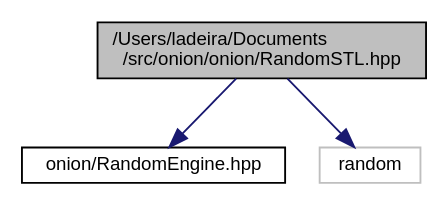
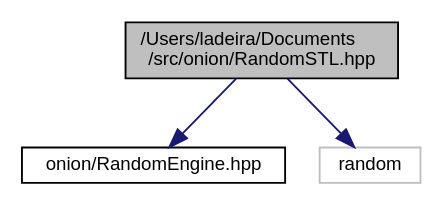
Before and after one commit to OnionFramework/OnionFramework.github.io: the diagram in _random_s_t_l_8hpp__incl.dot, drawn with Graphviz. The commit also changed 233 other files, not shown here.

```diff
--- a/_random_s_t_l_8hpp__incl.dot
+++ b/_random_s_t_l_8hpp__incl.dot
@@ -1,11 +1,11 @@
-digraph "/Users/ladeira/Documents/src/onion/onion/RandomSTL.hpp"
+digraph "/Users/ladeira/Documents/src/onion/RandomSTL.hpp"
 {
  // LATEX_PDF_SIZE
   edge [fontname="Helvetica",fontsize="10",labelfontname="Helvetica",labelfontsize="10"];
   node [fontname="Helvetica",fontsize="10",shape=record];
-  Node1 [label="/Users/ladeira/Documents\l/src/onion/onion/RandomSTL.hpp",height=0.2,width=0.4,color="black", fillcolor="grey75", style="filled", fontcolor="black",tooltip="Implementation of the RandomEngine interface using C++11 (and above) RNG facilities."];
+  Node1 [label="/Users/ladeira/Documents\l/src/onion/RandomSTL.hpp",height=0.2,width=0.4,color="black", fillcolor="grey75", style="filled", fontcolor="black",tooltip="Implementation of the RandomEngine interface using C++11 (and above) RNG facilities."];
   Node1 -> Node2 [color="midnightblue",fontsize="10",style="solid",fontname="Helvetica"];
   Node2 [label="onion/RandomEngine.hpp",height=0.2,width=0.4,color="black", fillcolor="white", style="filled",URL="$_random_engine_8hpp.html",tooltip="Declaration of the RandomEngine interface."];
   Node1 -> Node3 [color="midnightblue",fontsize="10",style="solid",fontname="Helvetica"];
   Node3 [label="random",height=0.2,width=0.4,color="grey75", fillcolor="white", style="filled",tooltip=" "];
 }
```
